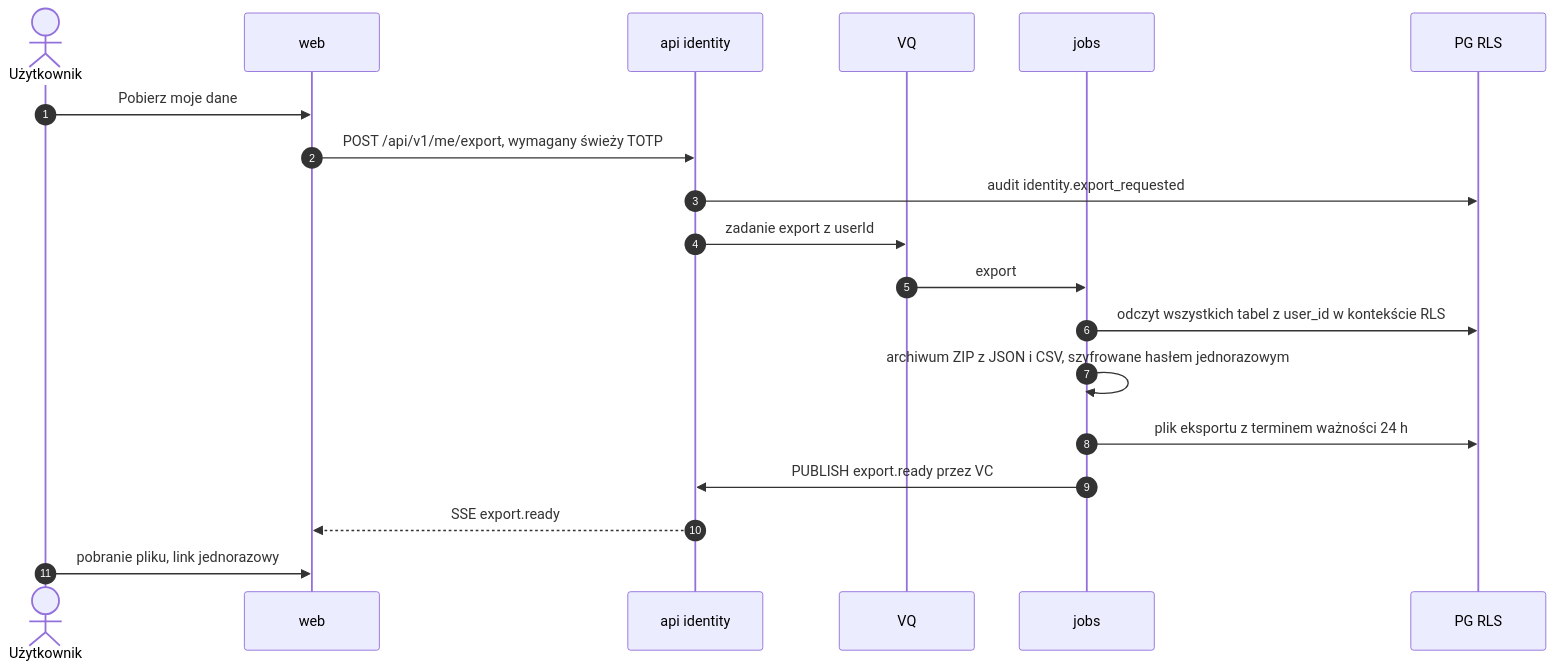
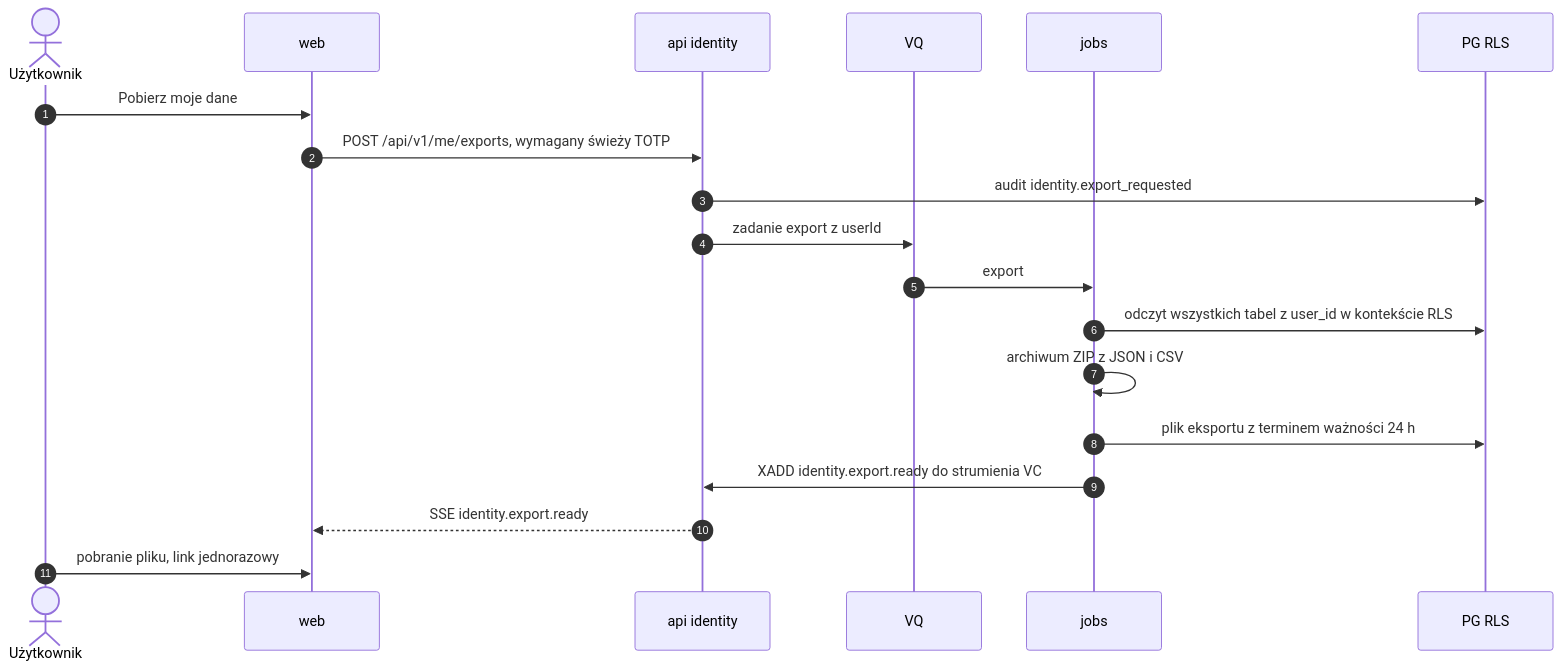
Diagram 11 of 11 in docs/01-architektura/przeplywy-danych.md (Ipper18/OligInvest), drawn with Mermaid before and after one commit. The commit also changed other lines of this file and 35 other files, not shown here.

````diff
--- a/docs/01-architektura/przeplywy-danych.md
+++ b/docs/01-architektura/przeplywy-danych.md
@@ -308,21 +308,21 @@
 ```mermaid
 sequenceDiagram
   autonumber
   actor U as Użytkownik
   participant W as web
   participant A as api identity
   participant Q as VQ
   participant J as jobs
   participant DB as PG RLS
   U->>W: Pobierz moje dane
-  W->>A: POST /api/v1/me/export, wymagany świeży TOTP
+  W->>A: POST /api/v1/me/exports, wymagany świeży TOTP
   A->>DB: audit identity.export_requested
   A->>Q: zadanie export z userId
   Q->>J: export
   J->>DB: odczyt wszystkich tabel z user_id w kontekście RLS
-  J->>J: archiwum ZIP z JSON i CSV, szyfrowane hasłem jednorazowym
+  J->>J: archiwum ZIP z JSON i CSV
   J->>DB: plik eksportu z terminem ważności 24 h
-  J->>A: PUBLISH export.ready przez VC
-  A-->>W: SSE export.ready
+  J->>A: XADD identity.export.ready do strumienia VC
+  A-->>W: SSE identity.export.ready
   U->>W: pobranie pliku, link jednorazowy
 ```
````
